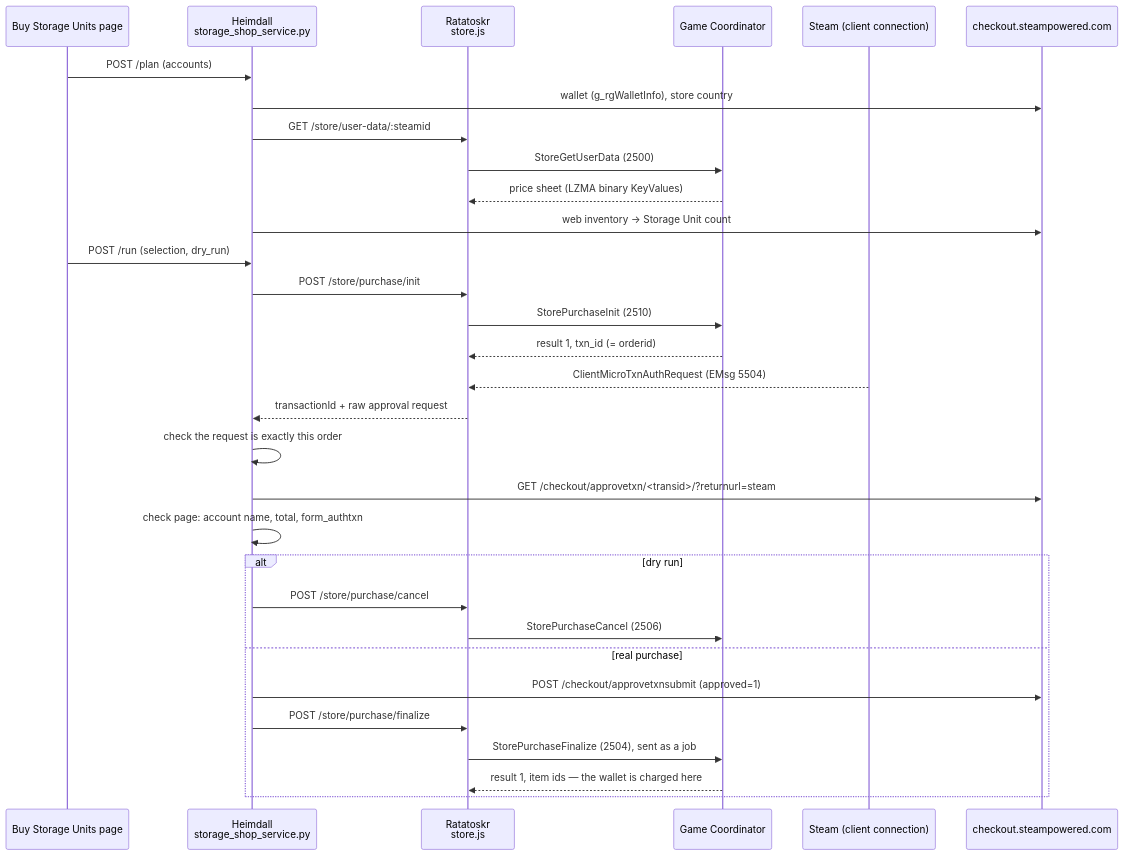
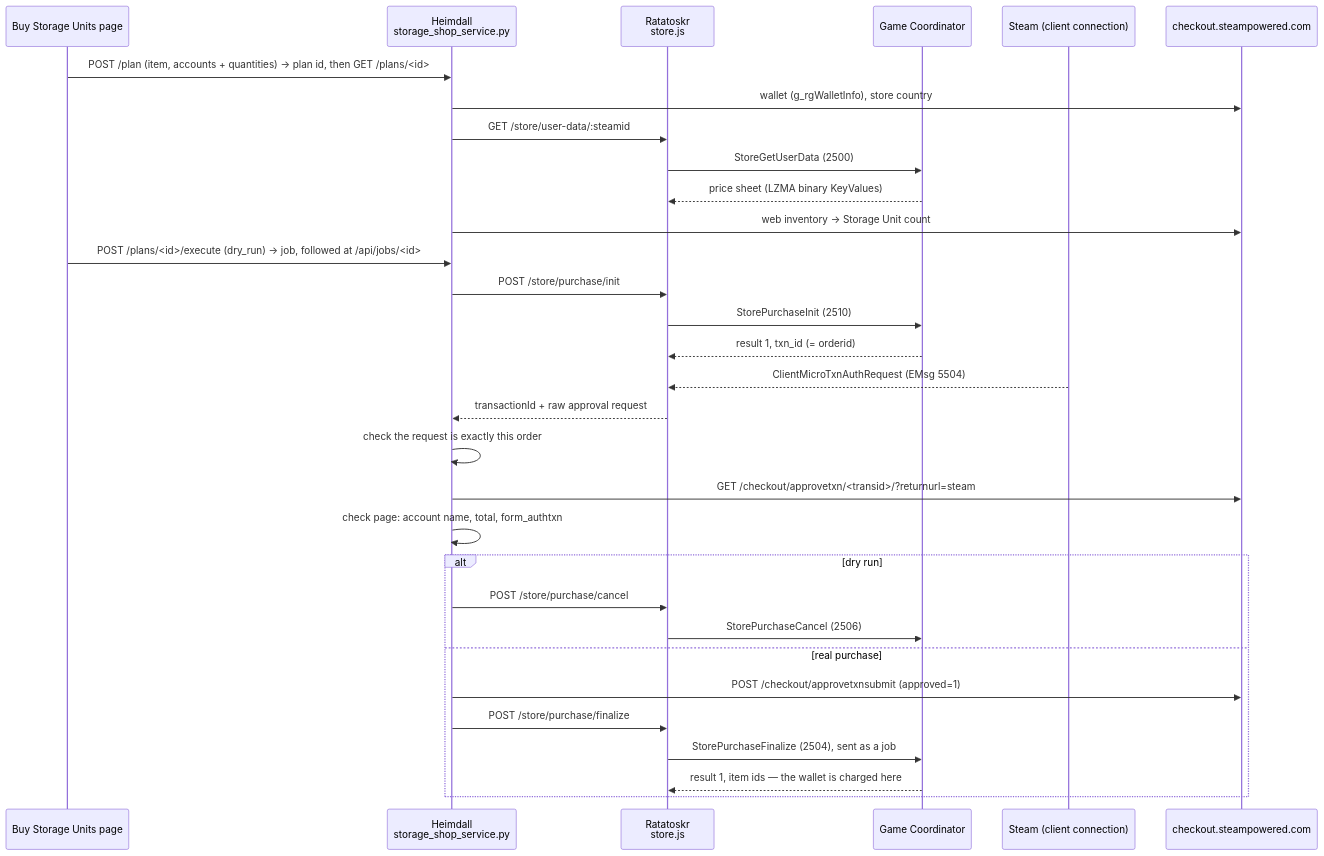
One commit to everthinq/steam-odin changed the diagram in docs/internals/storage-shop.md. Above: the diagram before and after it, drawn with Mermaid. The commit also changed other lines of this file and 21 other files, not shown here.

````diff
--- a/docs/internals/storage-shop.md
+++ b/docs/internals/storage-shop.md
@@ -32,34 +32,34 @@
 ```mermaid
 sequenceDiagram
     participant UI as Buy Storage Units page
     participant H as Heimdall<br/>storage_shop_service.py
     participant R as Ratatoskr<br/>store.js
     participant GC as Game Coordinator
     participant S as Steam (client connection)
     participant W as checkout.steampowered.com
 
-    UI->>H: POST /plan (accounts)
+    UI->>H: POST /plan (item, accounts + quantities) → plan id, then GET /plans/<id>
     H->>W: wallet (g_rgWalletInfo), store country
     H->>R: GET /store/user-data/:steamid
     R->>GC: StoreGetUserData (2500)
     GC-->>R: price sheet (LZMA binary KeyValues)
     H->>W: web inventory → Storage Unit count
-    UI->>H: POST /run (selection, dry_run)
+    UI->>H: POST /plans/<id>/execute (dry_run) → job, followed at /api/jobs/<id>
     H->>R: POST /store/purchase/init
     R->>GC: StorePurchaseInit (2510)
     GC-->>R: result 1, txn_id (= orderid)
     S-->>R: ClientMicroTxnAuthRequest (EMsg 5504)
     R-->>H: transactionId + raw approval request
     H->>H: check the request is exactly this order
     H->>W: GET /checkout/approvetxn/<transid>/?returnurl=steam
     H->>H: check page: account name, total, form_authtxn
     alt dry run
         H->>R: POST /store/purchase/cancel
         R->>GC: StorePurchaseCancel (2506)
     else real purchase
         H->>W: POST /checkout/approvetxnsubmit (approved=1)
         H->>R: POST /store/purchase/finalize
         R->>GC: StorePurchaseFinalize (2504), sent as a job
         GC-->>R: result 1, item ids — the wallet is charged here
     end
 ```
````
